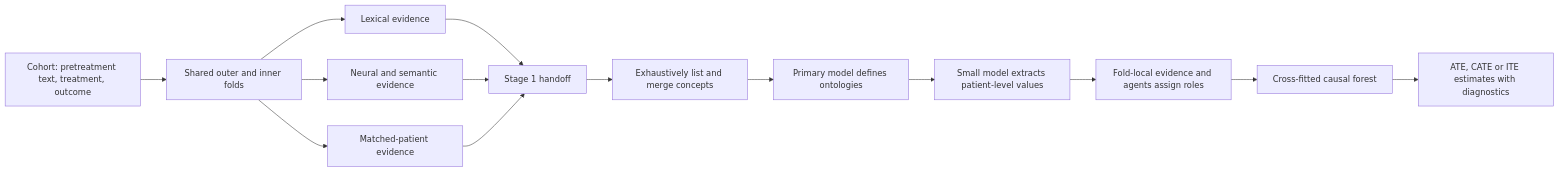
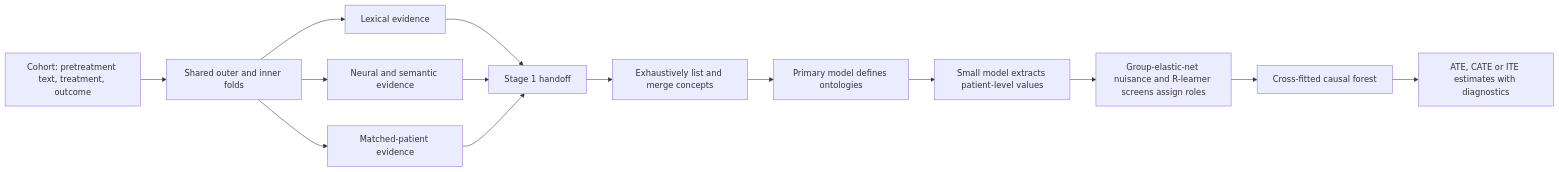
The first of 3 diagrams in README.md (kenlkehl/causal-dragonnet-text), drawn with Mermaid before and after one commit. The commit also changed other lines of this file and 12 other files, not shown here.

````diff
--- a/README.md
+++ b/README.md
@@ -215,16 +215,16 @@
 ```mermaid
 flowchart LR
     A["Cohort: pretreatment text, treatment, outcome"] --> B["Shared outer and inner folds"]
     B --> C1["Lexical evidence"]
     B --> C2["Neural and semantic evidence"]
     B --> C3["Matched-patient evidence"]
     C1 --> D["Stage 1 handoff"]
     C2 --> D
     C3 --> D
     D --> E["Exhaustively list and merge concepts"]
     E --> F["Primary model defines ontologies"]
     F --> G["Small model extracts patient-level values"]
-    G --> H["Fold-local evidence and agents assign roles"]
+    G --> H["Group-elastic-net nuisance and R-learner screens assign roles"]
     H --> J["Cross-fitted causal forest"]
     J --> I["ATE, CATE or ITE estimates with diagnostics"]
 ```
````
